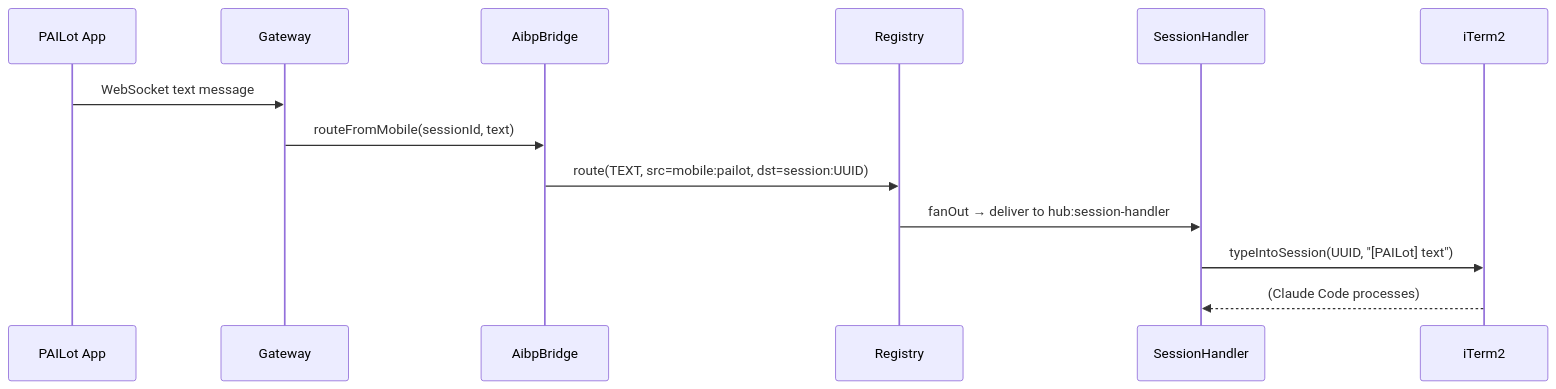
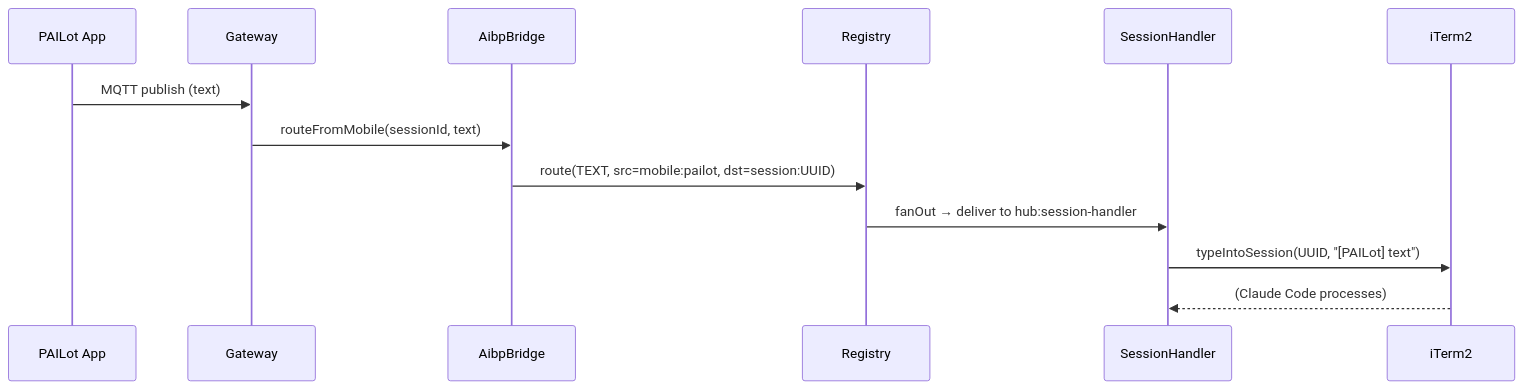
One commit to mnott/AIBroker changed the first of 3 diagrams in docs/routing.md. Above: the diagram before and after it, drawn with Mermaid. The commit also changed other lines of this file and 23 other files, not shown here.

````diff
--- a/docs/routing.md
+++ b/docs/routing.md
@@ -252,16 +252,16 @@
 ```mermaid
 sequenceDiagram
     participant P as PAILot App
     participant G as Gateway
     participant B as AibpBridge
     participant R as Registry
     participant H as SessionHandler
     participant I as iTerm2
 
-    P->>G: WebSocket text message
+    P->>G: MQTT publish (text)
     G->>B: routeFromMobile(sessionId, text)
     B->>R: route(TEXT, src=mobile:pailot, dst=session:UUID)
     R->>H: fanOut → deliver to hub:session-handler
     H->>I: typeIntoSession(UUID, "[PAILot] text")
     I-->>H: (Claude Code processes)
 ```
````
